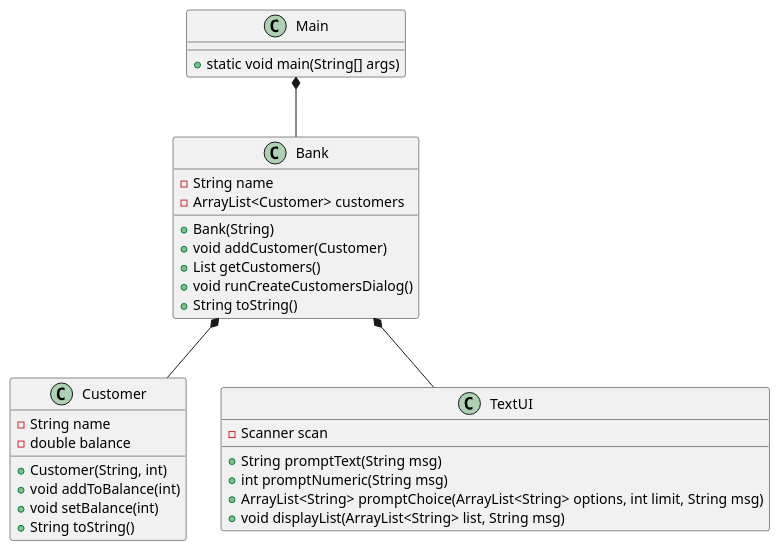
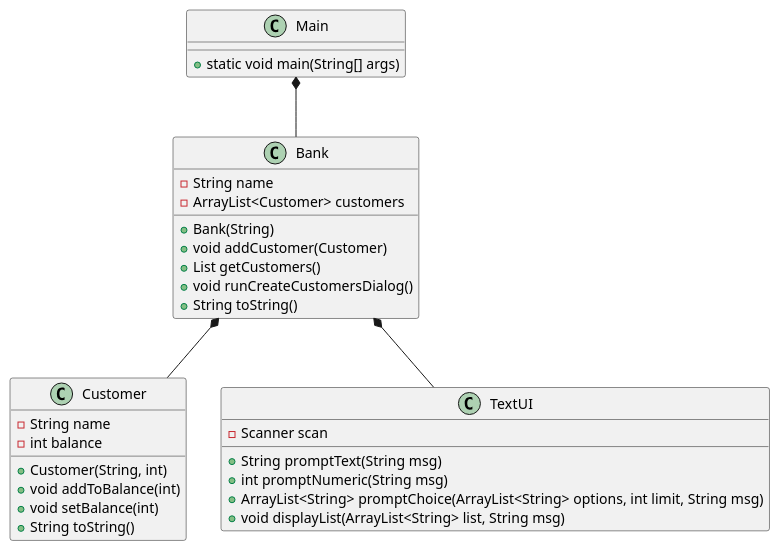
Before and after one commit to Dat1Cphbusiness/BankSystem: the diagram in doc/classdiagram.puml, drawn with PlantUML. The commit also changed 1 other file, not shown here.

Commit message:
double to int

```diff
--- a/doc/classdiagram.puml
+++ b/doc/classdiagram.puml
@@ -1,42 +1,42 @@
 @startuml
 class Main{
  + static void main(String[] args)
 }
 
 class Bank{
  - String name
  - ArrayList<Customer> customers
  + Bank(String)
  + void addCustomer(Customer)
  + List getCustomers()
  + void runCreateCustomersDialog()
  + String toString()
 }
 
 class Customer{
  - String name
- - double balance
+ - int balance
  + Customer(String, int)
  + void addToBalance(int)
  + void setBalance(int)
  + String toString()
 
 }
 
 
 class TextUI {
 - Scanner scan
 ' shows a message and returns the user's input as a String
 + String promptText(String msg)
 ' shows a message and returns the user's input as an integer
 + int promptNumeric(String msg)
 ' shows the options, promts for choices until limit is reached, and returns the user's choices as a list
 + ArrayList<String> promptChoice(ArrayList<String> options, int limit, String msg)
 ' shows a message and lists the content of a list
 + void displayList(ArrayList<String> list, String msg)
 }
 Main *-- Bank
 Bank *-- Customer
 Bank *-- TextUI
 
 @enduml
```
